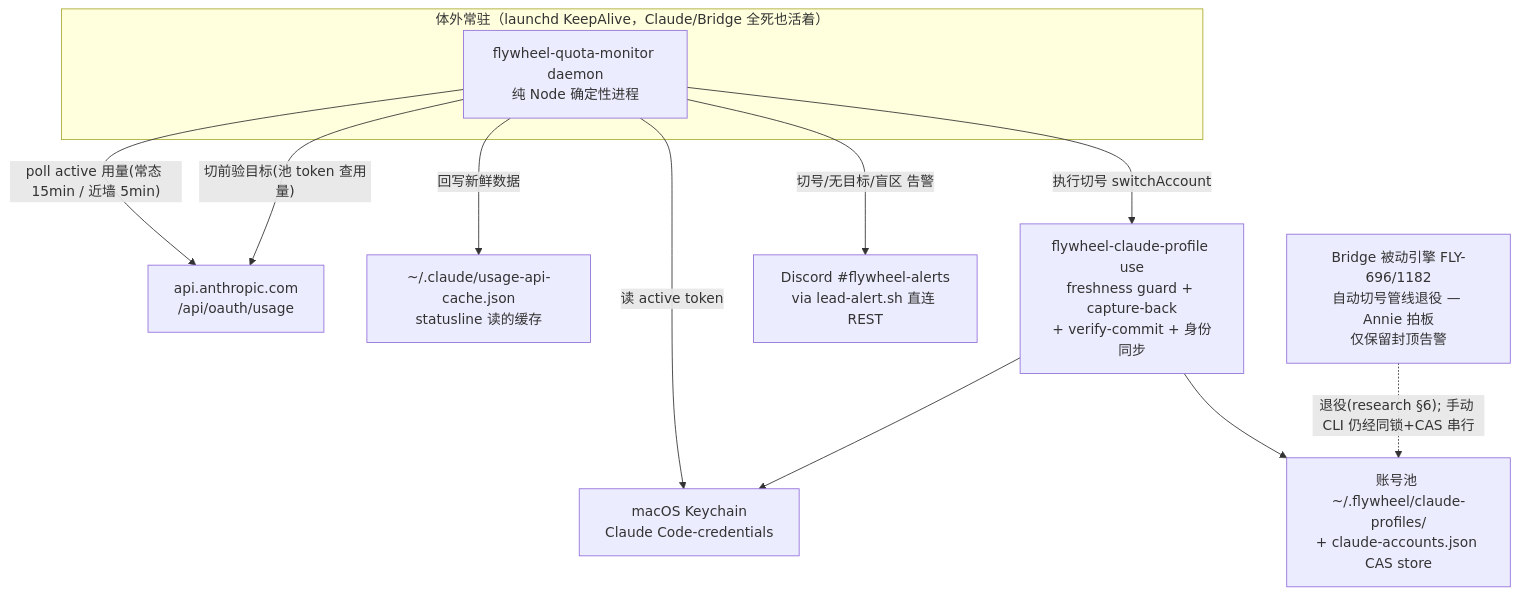
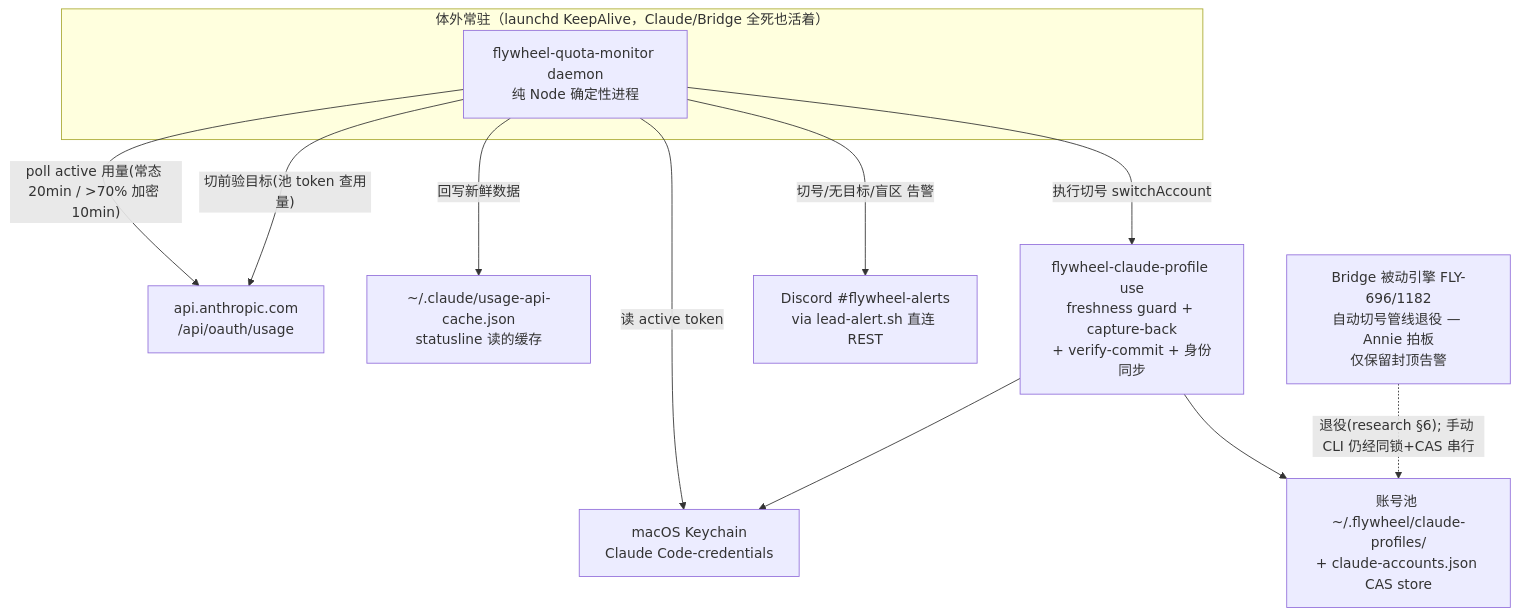
Before and after one commit to xrliAnnie/flywheel-qa-sandbox: the diagram in engineering/doc/FLY-1256-external-quota-autoswitch/exploration.md, drawn with Mermaid. The commit also changed other lines of this file and 2 other files, not shown here.

````diff
--- a/engineering/doc/FLY-1256-external-quota-autoswitch/exploration.md
+++ b/engineering/doc/FLY-1256-external-quota-autoswitch/exploration.md
@@ -89,23 +91,23 @@
 ```mermaid
 graph TB
     subgraph 体外["体外常驻（launchd KeepAlive，Claude/Bridge 全死也活着）"]
         D[flywheel-quota-monitor daemon<br/>纯 Node 确定性进程]
     end
     API[api.anthropic.com<br/>/api/oauth/usage]
     KC[macOS Keychain<br/>Claude Code-credentials]
     POOL[账号池 ~/.flywheel/claude-profiles/<br/>+ claude-accounts.json CAS store]
     CACHE[~/.claude/usage-api-cache.json<br/>statusline 读的缓存]
     PROF[flywheel-claude-profile use<br/>freshness guard + capture-back<br/>+ verify-commit + 身份同步]
     DISC[Discord #flywheel-alerts<br/>via lead-alert.sh 直连 REST]
     BRIDGE[Bridge 被动引擎 FLY-696/1182<br/>自动切号管线退役 — Annie 拍板<br/>仅保留封顶告警]
 
-    D -->|"poll active 用量(常态 15min / 近墙 5min)"| API
+    D -->|"poll active 用量(常态 20min / >70% 加密 10min)"| API
     D -->|读 active token| KC
     D -->|回写新鲜数据| CACHE
     D -->|"切前验目标(池 token 查用量)"| API
     D -->|执行切号 switchAccount| PROF
     PROF --> KC
     PROF --> POOL
     D -->|切号/无目标/盲区 告警| DISC
     BRIDGE -.->|"退役(research §6); 手动 CLI 仍经同锁+CAS 串行"| POOL
 ```
````
